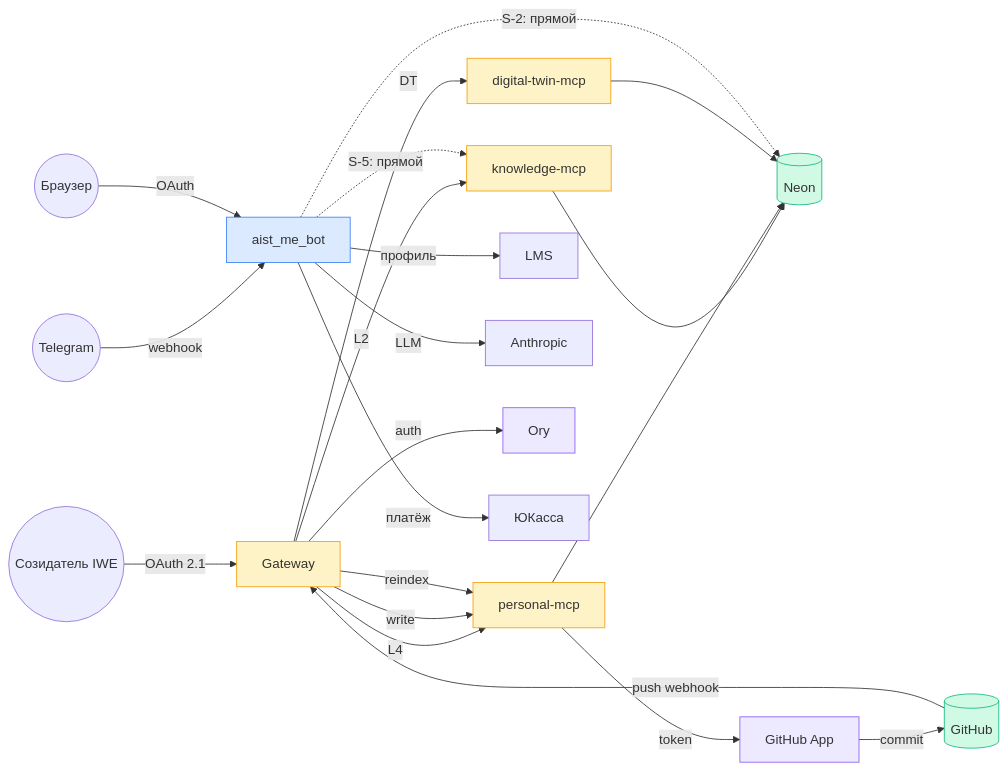
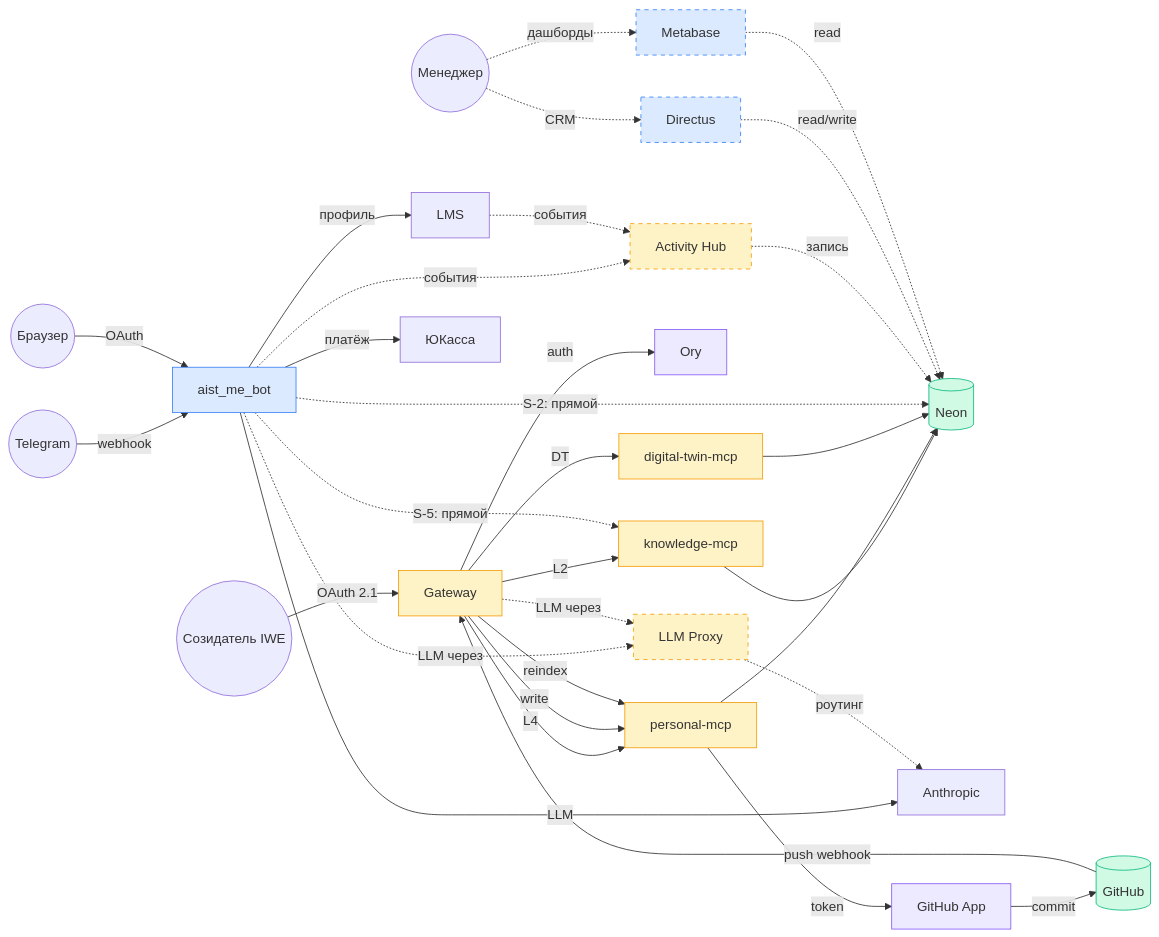
The second of 3 diagrams in C.IT-Platform/C2.IT-Platform/C2.2.Architecture/Stack-and-Infrastructure/deployment.md (TserenTserenov/DS-ecosystem-development), drawn with Mermaid before and after one commit. The commit also changed other lines of this file, not shown here.

First line of the commit message:
feat(WP-159): добавить планируемые компоненты пунктиром на диаграммы

````diff
--- a/C.IT-Platform/C2.IT-Platform/C2.2.Architecture/Stack-and-Infrastructure/deployment.md
+++ b/C.IT-Platform/C2.IT-Platform/C2.2.Architecture/Stack-and-Infrastructure/deployment.md
@@ -110,56 +124,78 @@
 ```mermaid
 graph LR
     TG(("Telegram"))
     IWE(("Созидатель IWE"))
     BR(("Браузер"))
+    MGR(("Менеджер"))
 
     BOT["aist_me_bot"]
     GW["Gateway"]
     KN["knowledge-mcp"]
     PKN["personal-mcp"]
     DT["digital-twin-mcp"]
     DB[("Neon")]
     LMS["LMS"]
     ANTH["Anthropic"]
     ORY["Ory"]
     YK["ЮКасса"]
     GH[("GitHub")]
     GHAPP["GitHub App"]
+    LLMP["LLM Proxy"]
+    ACT["Activity Hub"]
+    DIR["Directus"]
+    MB["Metabase"]
 
     TG -- webhook --> BOT
     BOT -- LLM --> ANTH
     BOT -- профиль --> LMS
     BOT -- платёж --> YK
 
     IWE -- OAuth 2.1 --> GW
     GW -- auth --> ORY
     GW -- L2 --> KN
     GW -- L4 --> PKN
     GW -- DT --> DT
 
     GW -- write --> PKN
     PKN -- token --> GHAPP
     GHAPP -- commit --> GH
 
     GH -- push webhook --> GW
     GW -- reindex --> PKN
 
     KN --> DB
     PKN --> DB
     DT --> DB
 
     BOT -. S-5: прямой .-> KN
     BOT -. S-2: прямой .-> DB
 
     BR -- OAuth --> BOT
 
+    BOT -. события .-> ACT
+    LMS -. события .-> ACT
+    ACT -. запись .-> DB
+
+    LLMP -. роутинг .-> ANTH
+    BOT -. LLM через .-> LLMP
+    GW -. LLM через .-> LLMP
+
+    MGR -. CRM .-> DIR
+    MGR -. дашборды .-> MB
+    DIR -. read/write .-> DB
+    MB -. read .-> DB
+
     style BOT fill:#dbeafe,stroke:#3b82f6
     style GW fill:#fef3c7,stroke:#f59e0b
     style KN fill:#fef3c7,stroke:#f59e0b
     style PKN fill:#fef3c7,stroke:#f59e0b
     style DT fill:#fef3c7,stroke:#f59e0b
     style DB fill:#d1fae5,stroke:#10b981
     style GH fill:#d1fae5,stroke:#10b981
     style ORY fill:#ede9fe,stroke:#8b5cf6
     style GHAPP fill:#ede9fe,stroke:#8b5cf6
+    style LLMP fill:#fef3c7,stroke:#f59e0b,stroke-dasharray: 5 5
+    style ACT fill:#fef3c7,stroke:#f59e0b,stroke-dasharray: 5 5
+    style DIR fill:#dbeafe,stroke:#3b82f6,stroke-dasharray: 5 5
+    style MB fill:#dbeafe,stroke:#3b82f6,stroke-dasharray: 5 5
 ```
````
